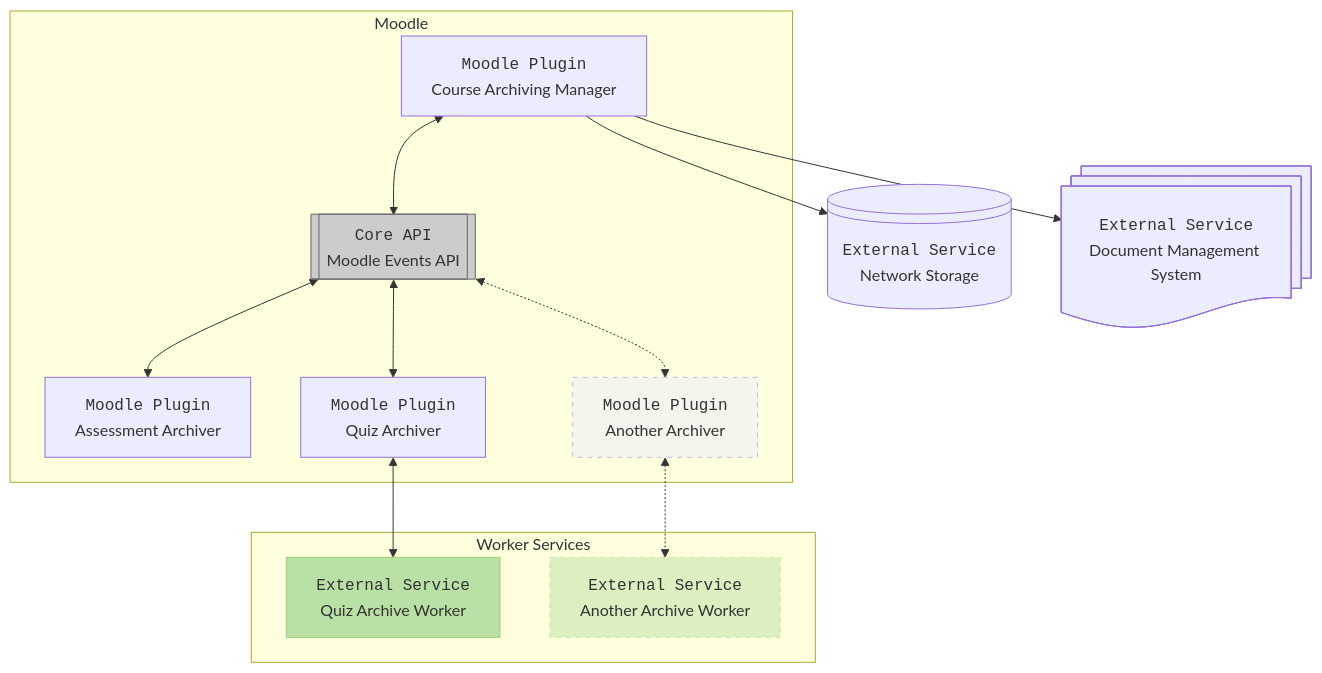
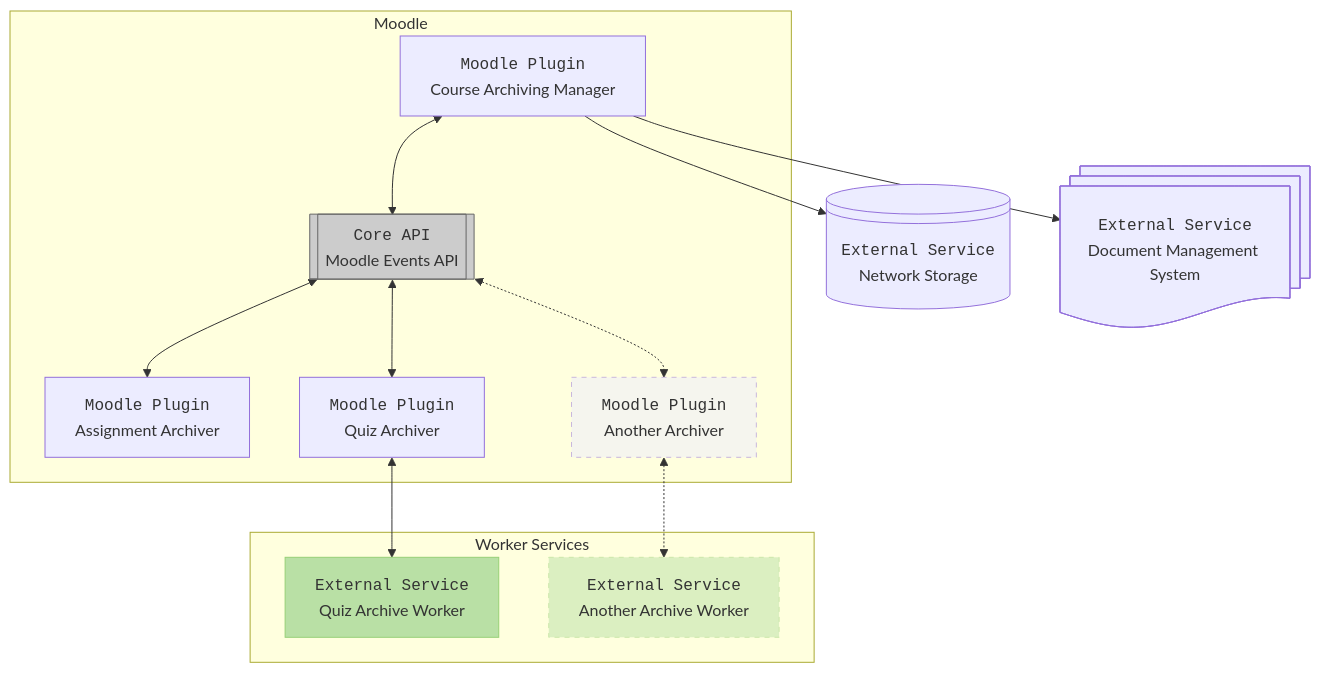
The diagram in docs/architecture/index.md (ngandrass/moodle-data-archiving-concept), drawn with Mermaid before and after one commit. The commit also changed 1 other file, not shown here.

Commit message:
Fix naming of assignment activity in architecture drafts

````diff
--- a/docs/architecture/index.md
+++ b/docs/architecture/index.md
@@ -7,41 +7,41 @@
 ```mermaid
 flowchart TB
     subgraph moodle[Moodle]
         %% States
         manager[<tt>Moodle Plugin</tt><br>Course Archiving Manager]
         eventsapi[[<tt>Core API</tt><br>Moodle Events API]]
-        assessmentarchiver[<tt>Moodle Plugin</tt><br>Assessment Archiver]
+        assignmentarchiver[<tt>Moodle Plugin</tt><br>Assignment Archiver]
         quizarchiver[<tt>Moodle Plugin</tt><br>Quiz Archiver]
         anotherarchiver[<tt>Moodle Plugin</tt><br>Another Archiver]
         
         %% Connections
         manager <--> eventsapi
         eventsapi <--> quizarchiver
-        eventsapi <--> assessmentarchiver
+        eventsapi <--> assignmentarchiver
         eventsapi <-.-> anotherarchiver
         
         %% Styles
         style eventsapi fill:#cccccc,stroke:#666666
         style anotherarchiver stroke-dasharray:5 5, opacity:0.5
     end
     
     subgraph workers[Worker Services]
         %% States
         quizarchiveworker[<tt>External Service</tt><br>Quiz Archive Worker]
         anotherworker[<tt>External Service</tt><br>Another Archive Worker]
 
         %% Connections
         quizarchiver <--> quizarchiveworker
         anotherarchiver <-.-> anotherworker
 
         %% Styles
         style anotherworker fill:#b9e0a5,stroke:#97d077,stroke-dasharray:5 5, opacity:0.5
         style quizarchiveworker fill:#b9e0a5,stroke:#97d077
     end
 
     netstorage@{shape: lin-cyl, label: "<tt>External Service</tt><br>Network Storage"}
     dms@{shape: docs, label: "<tt>External Service</tt><br>Document Management System"}
     manager --> netstorage
     manager --> dms
     
 ```
````
